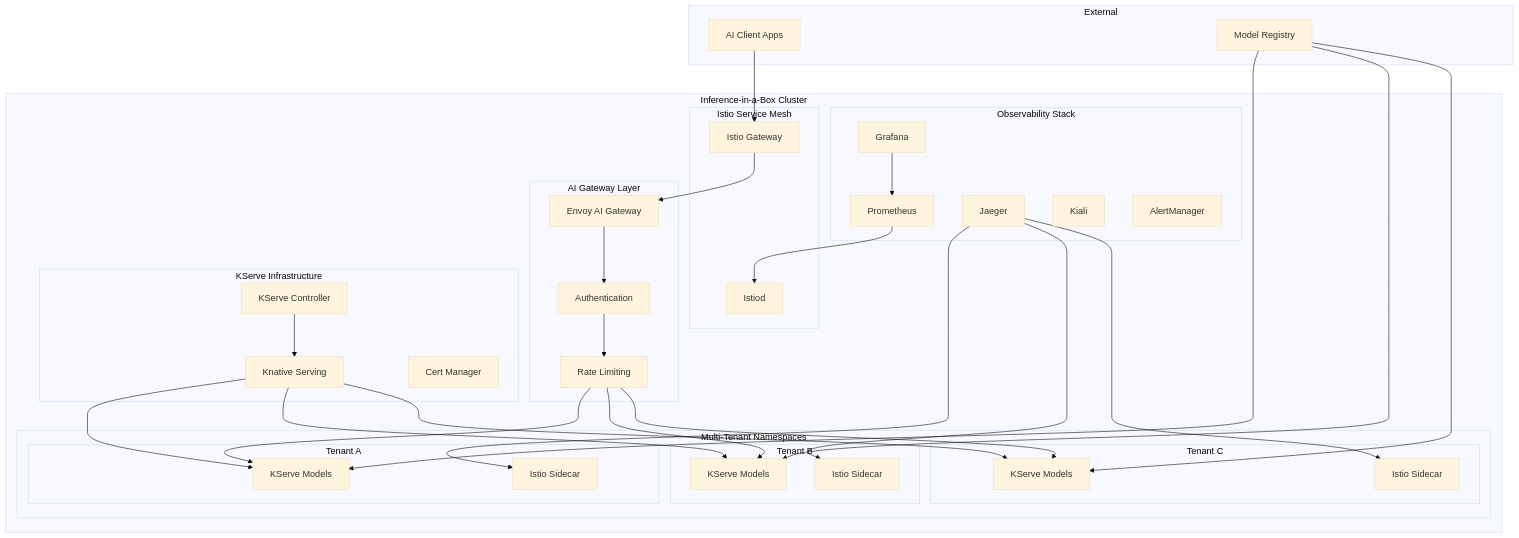
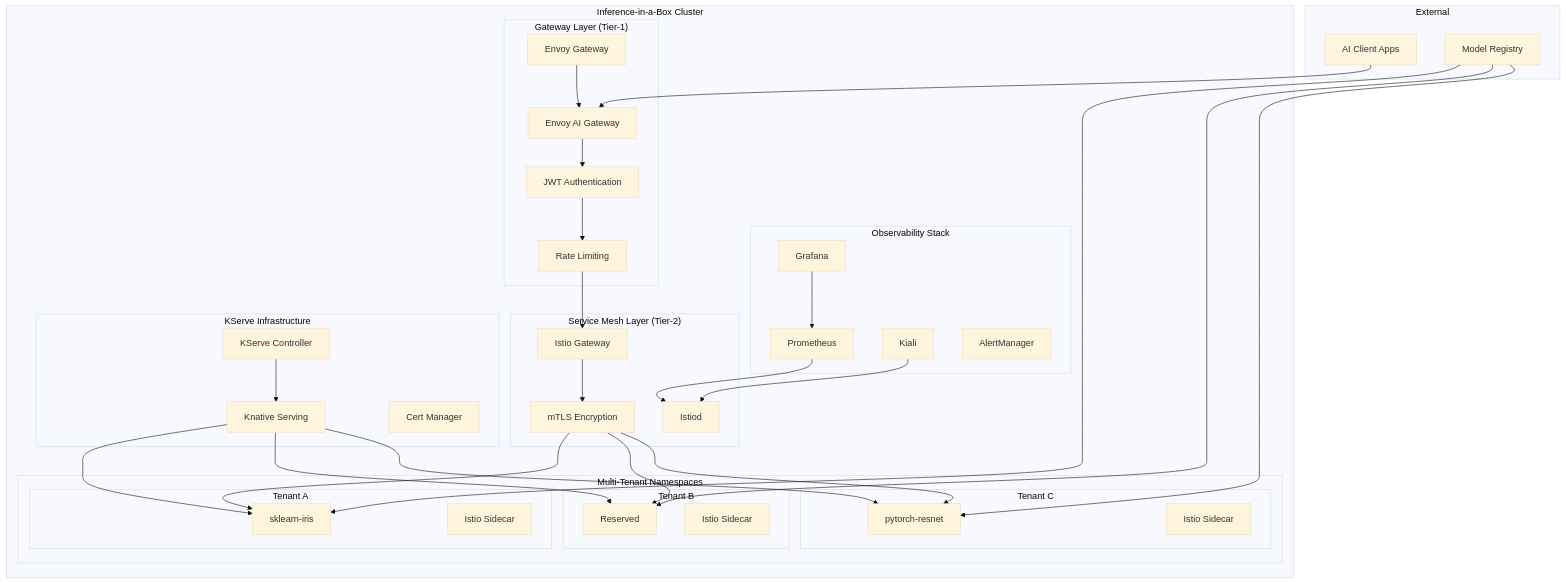
Before and after one commit to smarunich/inference-in-a-box: the first of 6 diagrams in README.md, drawn with Mermaid (base theme). The commit also changed other lines of this file, not shown here.

First line of the commit message:
Update README with Envoy AI Gateway integration

````diff
--- a/README.md
+++ b/README.md
@@ -18,72 +18,74 @@
 ```mermaid
 graph TB
     subgraph "Inference-in-a-Box Cluster"
         subgraph "Observability Stack"
             P[Prometheus]
             G[Grafana]
-            J[Jaeger]
             K[Kiali]
             AM[AlertManager]
         end
         
-        subgraph "Istio Service Mesh"
+        subgraph "Gateway Layer (Tier-1)"
+            EG[Envoy Gateway]
+            EAG[Envoy AI Gateway]
+            AUTH[JWT Authentication]
+            RL[Rate Limiting]
+        end
+        
+        subgraph "Service Mesh Layer (Tier-2)"
             IC[Istiod]
             IG[Istio Gateway]
-        end
-        
-        subgraph "AI Gateway Layer"
-            EAG[Envoy AI Gateway]
-            RLM[Rate Limiting]
-            AUTH[Authentication]
+            MTLS[mTLS Encryption]
         end
         
         subgraph "Multi-Tenant Namespaces"
             subgraph "Tenant A"
-                KS1[KServe Models]
+                KS1[sklearn-iris]
                 IS1[Istio Sidecar]
             end
             subgraph "Tenant B"
-                KS2[KServe Models]
+                KS2[Reserved]
                 IS2[Istio Sidecar]
             end
             subgraph "Tenant C"
-                KS3[KServe Models]
+                KS3[pytorch-resnet]
                 IS3[Istio Sidecar]
             end
         end
         
         subgraph "KServe Infrastructure"
             KC[KServe Controller]
             KN[Knative Serving]
             CM[Cert Manager]
         end
     end
     
     subgraph "External"
         CLIENT[AI Client Apps]
         MODELS[Model Registry]
     end
     
-    CLIENT --> IG
-    IG --> EAG
+    CLIENT --> EAG
     EAG --> AUTH
-    AUTH --> RLM
-    RLM --> KS1
-    RLM --> KS2
-    RLM --> KS3
+    AUTH --> RL
+    RL --> IG
+    IG --> MTLS
+    MTLS --> KS1
+    MTLS --> KS2
+    MTLS --> KS3
     
     P --> IC
     G --> P
-    J --> IS1
-    J --> IS2
-    J --> IS3
+    K --> IC
     
     MODELS --> KS1
     MODELS --> KS2
     MODELS --> KS3
     
     KC --> KN
     KN --> KS1
     KN --> KS2
     KN --> KS3
+    
+    EG --> EAG
 ```
````
